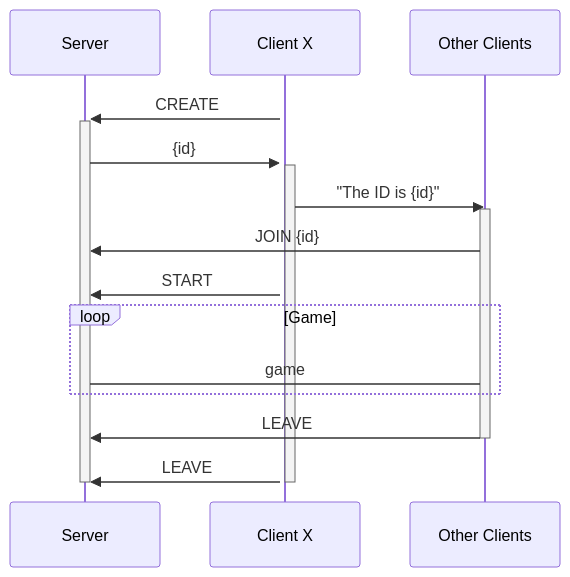
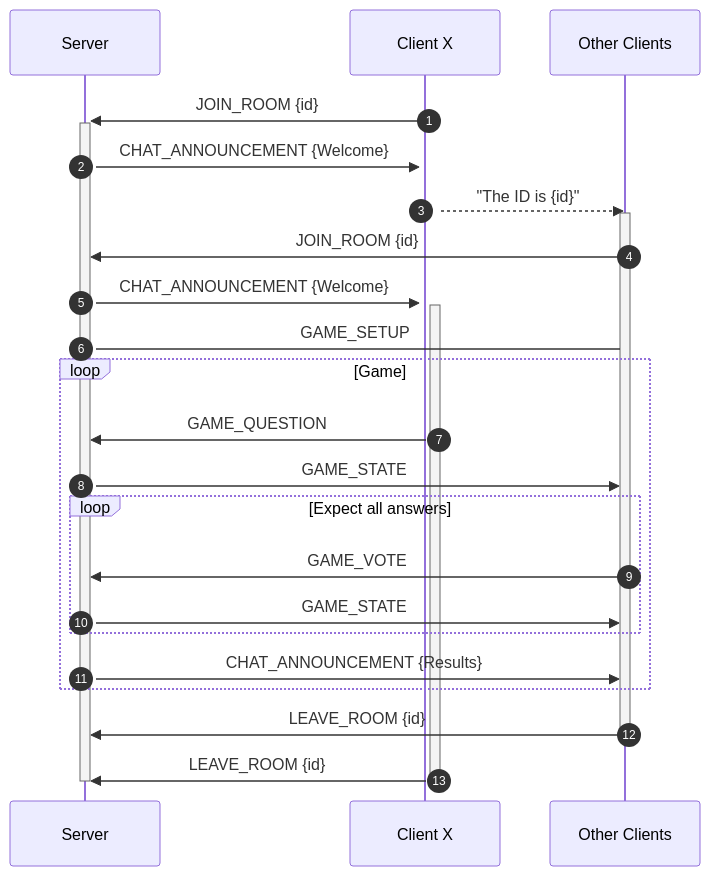
One commit to Chantifa/whoami changed the first of 2 diagrams in README.md. Above: the diagram before and after it, drawn with Mermaid. The commit also changed other lines of this file and 1 other file, not shown here.

````diff
--- a/README.md
+++ b/README.md
@@ -120,23 +121,32 @@
 ```mermaid
     sequenceDiagram
+        autonumber
         participant s as Server
         participant c1 as Client X
         participant c2 as Other Clients
         activate c1
-        c1->>+s: CREATE
-        s->>+c1: {id}
-        c1->>c2: "The ID is {id}"
+        c1->>+s: JOIN_ROOM {id}
+        s->>+c1: CHAT_ANNOUNCEMENT {Welcome}
+        c1-->>c2: "The ID is {id}"
         activate c2
-        c2->>s: JOIN {id}
-        c1->>s: START
+        c2->>s: JOIN_ROOM {id}
+        s->>+c1: CHAT_ANNOUNCEMENT {Welcome}
+        
+        s -> c2: GAME_SETUP
         loop Game
-            s -> c2: game
+            c1 ->> s : GAME_QUESTION
+            s ->> c2 : GAME_STATE
+            loop Expect all answers
+               c2 ->> s: GAME_VOTE
+               s ->> c2: GAME_STATE
+            end
+            s ->> c2: CHAT_ANNOUNCEMENT {Results}
         end
 
-        c2 ->> s : LEAVE
+        c2 ->> s : LEAVE_ROOM {id}
         deactivate c2
-        c1 ->>s : LEAVE
+        c1 ->>s : LEAVE_ROOM {id}
 
         deactivate c1
         deactivate s
 ```
````
